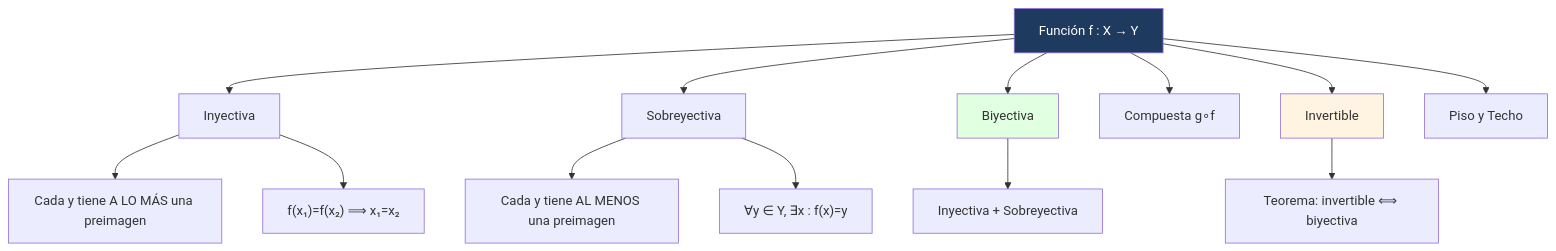
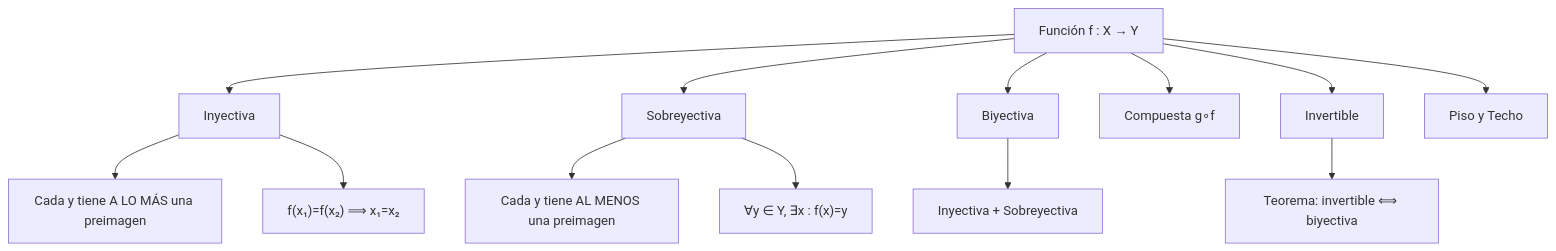
Before and after one commit to Fsteven22/Notas-de-Universidad-Freddy-Sanchez-: the diagram in Universidad/3er Semestre/Matemáticas Discretas/Unidad 2 - Funciones y Relaciones/01 - Funciones.md, drawn with Mermaid. The commit also changed other lines of this file and 1424 other files, not shown here.

````diff
--- a/Universidad/3er Semestre/Matemáticas Discretas/Unidad 2 - Funciones y Relaciones/01 - Funciones.md
+++ b/Universidad/3er Semestre/Matemáticas Discretas/Unidad 2 - Funciones y Relaciones/01 - Funciones.md
@@ -362,19 +364,16 @@
 ```mermaid
 graph TD
     A[Función f : X → Y] --> B[Inyectiva]
     A --> C[Sobreyectiva]
     A --> D[Biyectiva]
     A --> E[Compuesta g∘f]
     A --> F[Invertible]
     A --> G[Piso y Techo]
     B --> B1["Cada y tiene A LO MÁS una preimagen"]
     B --> B2["f(x₁)=f(x₂) ⟹ x₁=x₂"]
     C --> C1["Cada y tiene AL MENOS una preimagen"]
     C --> C2["∀y ∈ Y, ∃x : f(x)=y"]
     D --> D1[Inyectiva + Sobreyectiva]
     F --> F2[Teorema: invertible ⟺ biyectiva]
 
-    style A fill:#1e3a5f,color:#fff
-    style D fill:#e1ffe1
-    style F fill:#fff4e1
 ```
````
